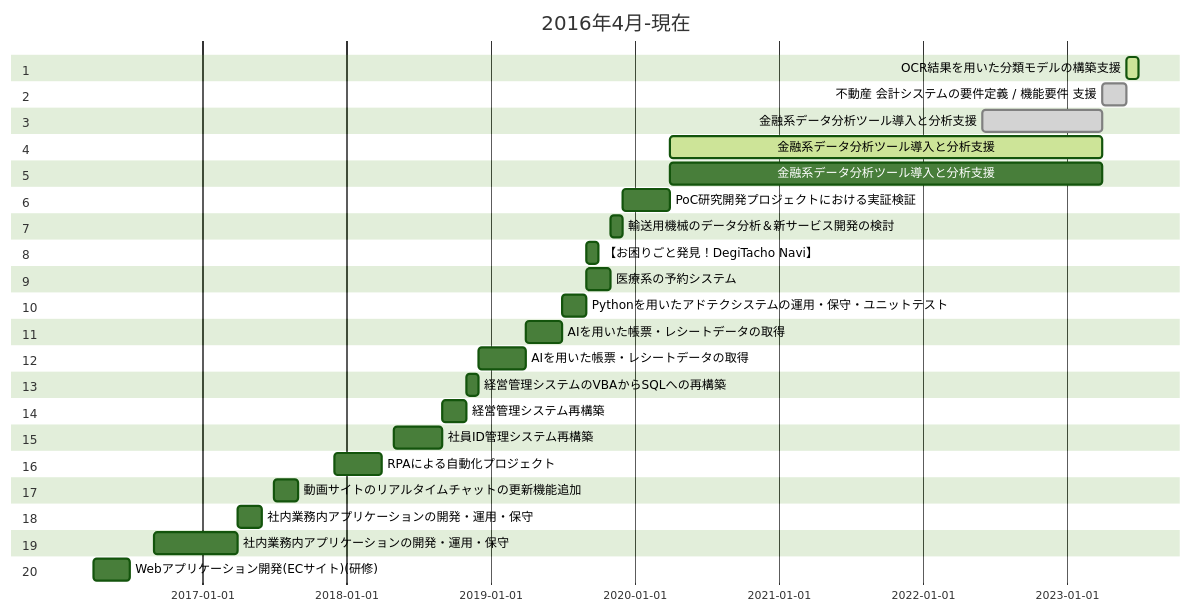
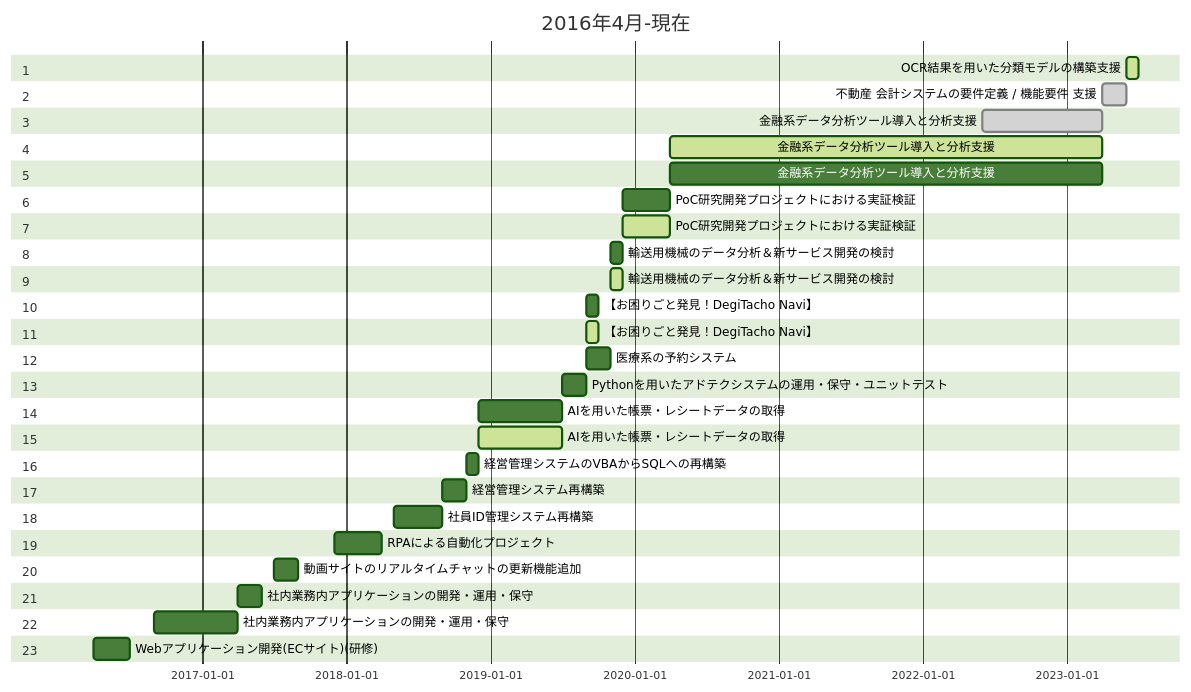
Before and after one commit to chibadai/chibadai: the second of 2 diagrams in README.md, drawn with Mermaid (forest theme).

Commit message:
項目の調整/微修正

````diff
--- a/README.md
+++ b/README.md
@@ -26,45 +26,52 @@
 ```mermaid
 gantt
     title 2016年4月-現在
     dateFormat YYYY-MM
+    
     section 1
     OCR結果を用いた分類モデルの構築支援: active,a2023_1,2023-06,1M
     section 2
     不動産 会計システムの要件定義 / 機能要件 支援: done,a2023_2,2023-04,2M
     section 3
     金融系データ分析ツール導入と分析支援: done,a2022_3,2022-06,10M
     section 4
     金融系データ分析ツール導入と分析支援: active,a2020_4,2020-04,36M
     section 5
     金融系データ分析ツール導入と分析支援: a2020_5,2020-04,36M
     section 6
     PoC研究開発プロジェクトにおける実証検証: a2019_6,2019-12,4M
     section 7
-    輸送用機械のデータ分析＆新サービス開発の検討: a2019_7,2019-11,1M
+    PoC研究開発プロジェクトにおける実証検証: active,a2019_7,2019-12,4M
     section 8
-    【お困りごと発見！DegiTacho Navi】 : a2019_8,2019-09,1M
+    輸送用機械のデータ分析＆新サービス開発の検討: a2019_8,2019-11,1M
     section 9
-    医療系の予約システム: a2019_9,2019-09,2M
+    輸送用機械のデータ分析＆新サービス開発の検討: active,a2019_9,2019-11,1M
     section 10
-    Pythonを用いたアドテクシステムの運用・保守・ユニットテスト : a2019_10,2019-07,2M
+    【お困りごと発見！DegiTacho Navi】 : a2019_10,2019-09,1M
     section 11
-    AIを用いた帳票・レシートデータの取得: a2019_11,2019-04,3M
+    【お困りごと発見！DegiTacho Navi】 : active,a2019_11,2019-09,1M
     section 12
-    AIを用いた帳票・レシートデータの取得: a2018_12,2018-12,4M
+    医療系の予約システム: a2019_12,2019-09,2M
     section 13
-    経営管理システムのVBAからSQLへの再構築: ,2018-11,1M
+    Pythonを用いたアドテクシステムの運用・保守・ユニットテスト : a2019_13,2019-07,2M
     section 14
-    経営管理システム再構築: ,2018-09,2M
+    AIを用いた帳票・レシートデータの取得: a2019_14,2018-12,7M
     section 15
-    社員ID管理システム再構築: ,2018-05,4M
+    AIを用いた帳票・レシートデータの取得: active,a2018_15,2018-12,7M
     section 16
-    RPAによる自動化プロジェクト: ,2017-12,4M
+    経営管理システムのVBAからSQLへの再構築: a2018_16,2018-11,1M
     section 17
-    動画サイトのリアルタイムチャットの更新機能追加: ,2017-07,2M
+    経営管理システム再構築: a2018_17,2018-09,2M
     section 18
-    社内業務内アプリケーションの開発・運用・保守: ,2017-04,2M
+    社員ID管理システム再構築: a2018_18,2018-05,4M
     section 19
-    社内業務内アプリケーションの開発・運用・保守: ,2016-09,7M
+    RPAによる自動化プロジェクト: a2017_19,2017-12,4M
     section 20
-    Webアプリケーション開発(ECサイト)(研修): ,2016-04,3M
+    動画サイトのリアルタイムチャットの更新機能追加: a2017_20,2017-07,2M
+    section 21
+    社内業務内アプリケーションの開発・運用・保守: a2017_21,2017-04,2M
+    section 22
+    社内業務内アプリケーションの開発・運用・保守: a2016_22,2016-09,7M
+    section 23
+    Webアプリケーション開発(ECサイト)(研修): a2016_23,2016-04,3M
 ```
````
